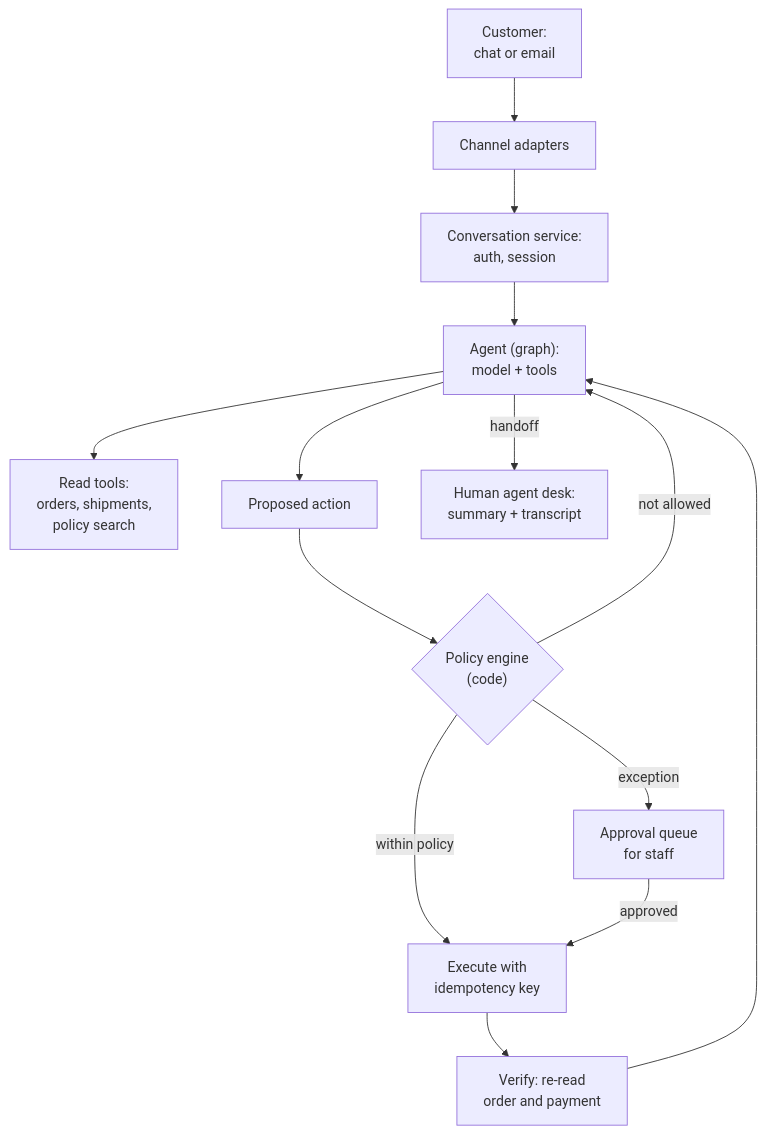
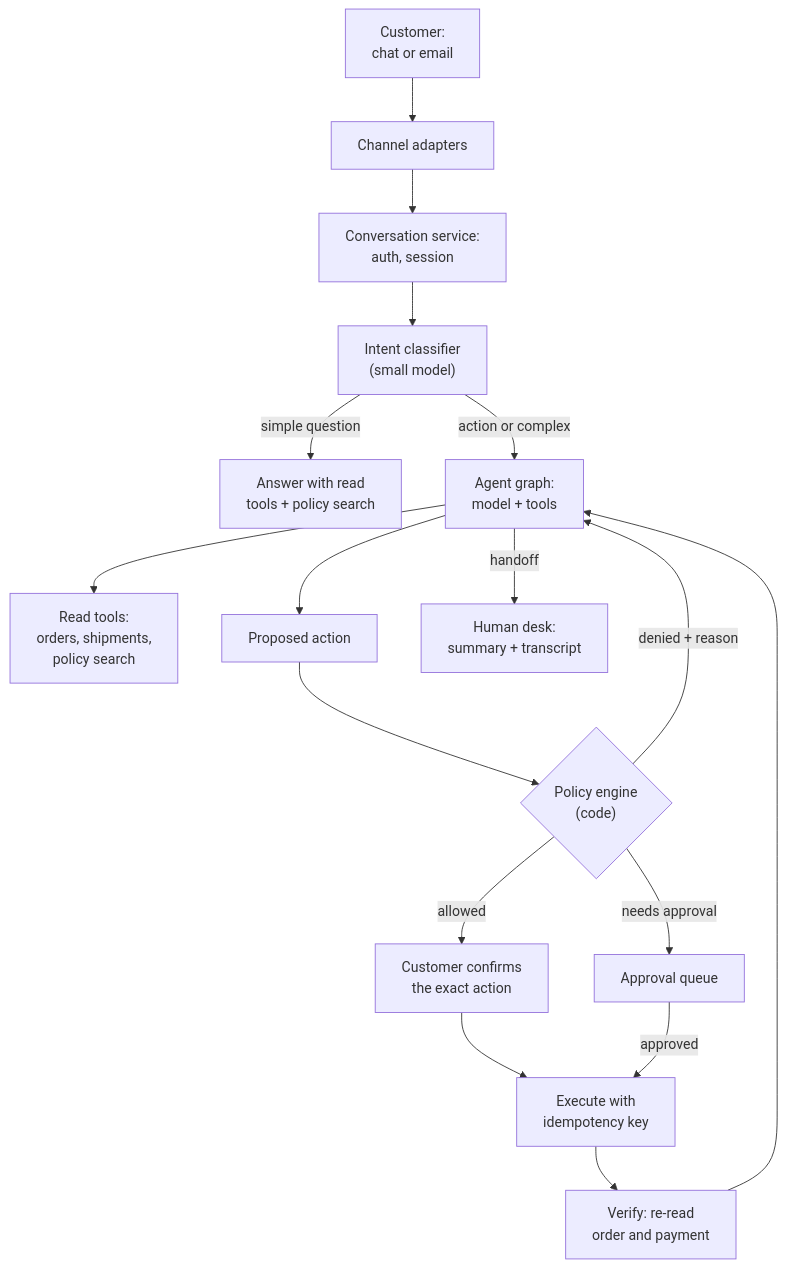
The first of 3 diagrams in src/Data/aiStackDocs/DP-02.md (shubamchaudhary/CodeNITW), drawn with Mermaid before and after one commit. The commit also changed other lines of this file and 19 other files, not shown here.

````diff
--- a/src/Data/aiStackDocs/DP-02.md
+++ b/src/Data/aiStackDocs/DP-02.md
@@ -39,16 +33,19 @@
 ```mermaid
 flowchart TD
     C["Customer:<br/>chat or email"] --> CH["Channel adapters"]
     CH --> CV["Conversation service:<br/>auth, session"]
-    CV --> AG["Agent (graph):<br/>model + tools"]
+    CV --> IC["Intent classifier<br/>(small model)"]
+    IC -->|"simple question"| FA["Answer with read<br/>tools + policy search"]
+    IC -->|"action or complex"| AG["Agent graph:<br/>model + tools"]
     AG --> RT["Read tools:<br/>orders, shipments,<br/>policy search"]
     AG --> PA["Proposed action"]
     PA --> PE{"Policy engine<br/>(code)"}
-    PE -->|"within policy"| EX["Execute with<br/>idempotency key"]
-    PE -->|"exception"| AP["Approval queue<br/>for staff"]
-    PE -->|"not allowed"| AG
+    PE -->|"allowed"| CF["Customer confirms<br/>the exact action"]
+    PE -->|"needs approval"| AP["Approval queue"]
+    PE -->|"denied + reason"| AG
+    CF --> EX["Execute with<br/>idempotency key"]
     AP -->|"approved"| EX
     EX --> VF["Verify: re-read<br/>order and payment"]
     VF --> AG
-    AG -->|"handoff"| HD["Human agent desk:<br/>summary + transcript"]
+    AG -->|"handoff"| HD["Human desk:<br/>summary + transcript"]
 ```
````
